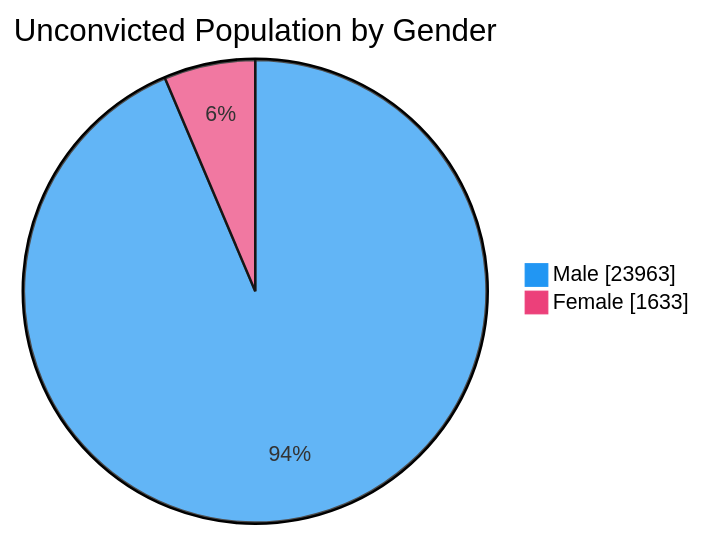
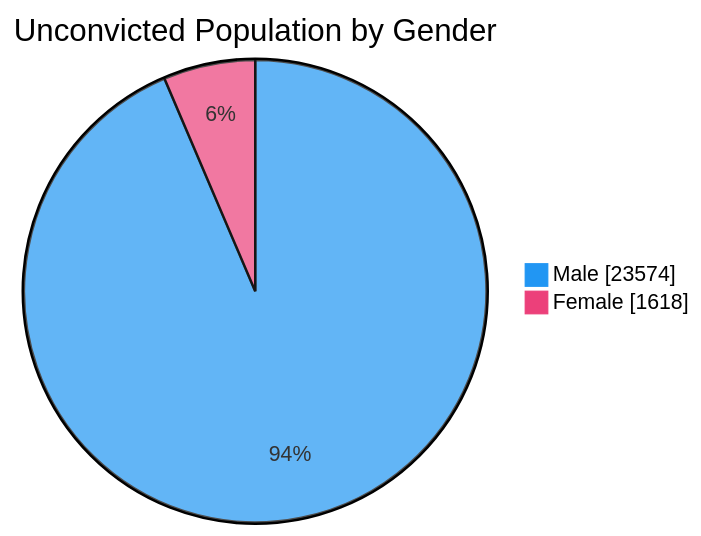
One commit to nuuuwan/lk_prisons changed the fourth of 7 diagrams in README.md. Above: the diagram before and after it, drawn with Mermaid. The commit also changed other lines of this file and 1 other file, not shown here.

````diff
--- a/README.md
+++ b/README.md
@@ -76,6 +76,6 @@
 ```mermaid
 %%{init: {'themeVariables': {'pie1': '#2196F3', 'pie2': '#EC407A'}}}%%
 pie showData title Unconvicted Population by Gender
-    "Male" : 23963
-    "Female" : 1633
+    "Male" : 23574
+    "Female" : 1618
 ```
````
